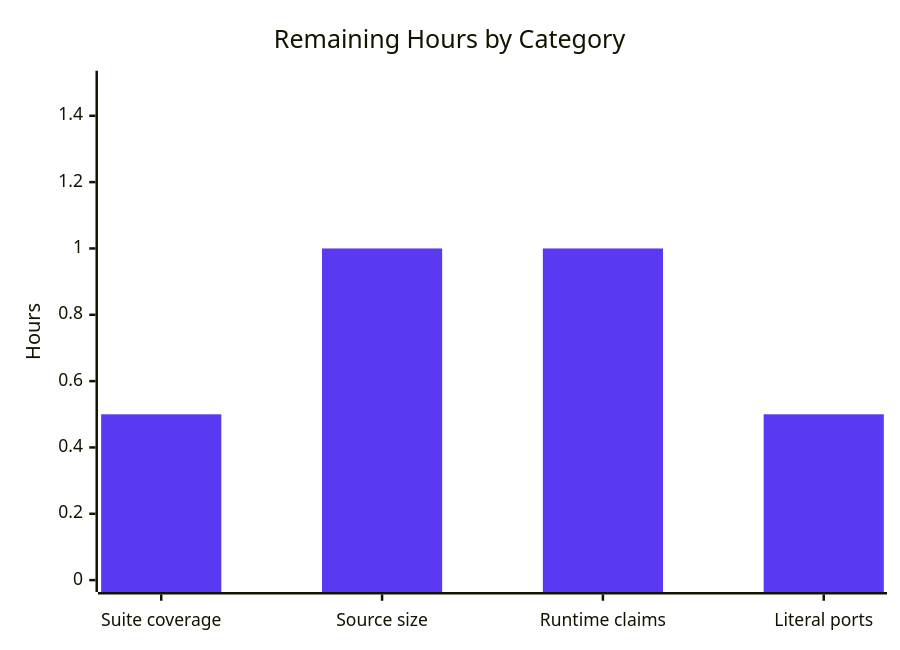
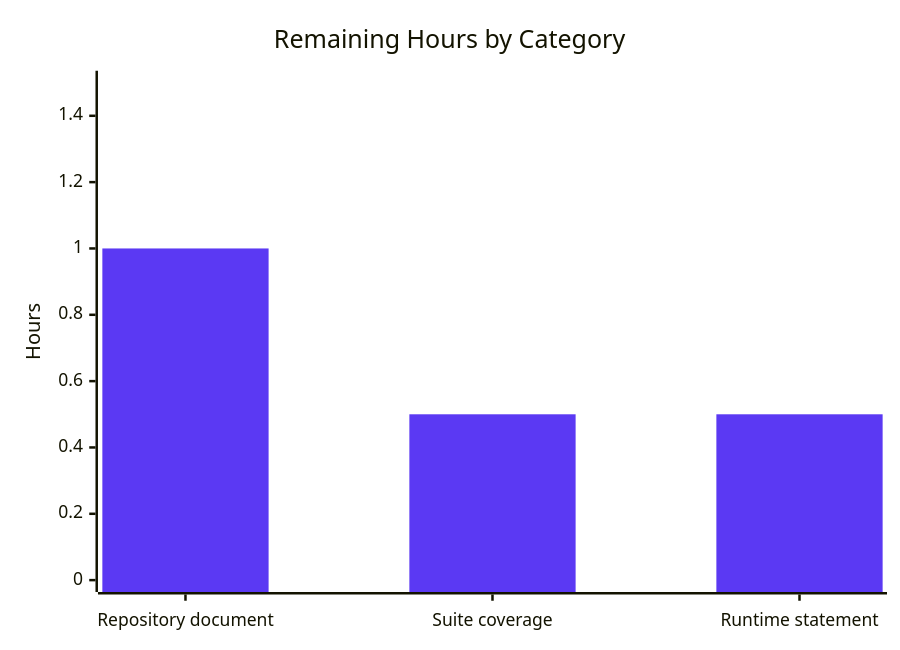
The third of 3 diagrams in blitzy/documentation/Project Guide - d7f7cf4c-49e1-46e3-8d25-058bf0885246.md (blitzy-build-in-public/abk-6396-project-2-61fbb928), drawn with Mermaid before and after one commit. The commit also changed other lines of this file, not shown here.

````diff
--- a/blitzy/documentation/Project Guide - d7f7cf4c-49e1-46e3-8d25-058bf0885246.md
+++ b/blitzy/documentation/Project Guide - d7f7cf4c-49e1-46e3-8d25-058bf0885246.md
@@ -195,8 +201,8 @@
 ```mermaid
 %%{init: {"themeVariables": {"xyChart": {"plotColorPalette": "#5B39F3"}}}}%%
 xychart-beta
     title "Remaining Hours by Category"
-    x-axis ["Suite coverage", "Source size", "Runtime claims", "Literal ports"]
+    x-axis ["Repository document", "Suite coverage", "Runtime statement"]
     y-axis "Hours" 0 --> 1.5
-    bar [0.5, 1.0, 1.0, 0.5]
+    bar [1.0, 0.5, 0.5]
 ```
````
